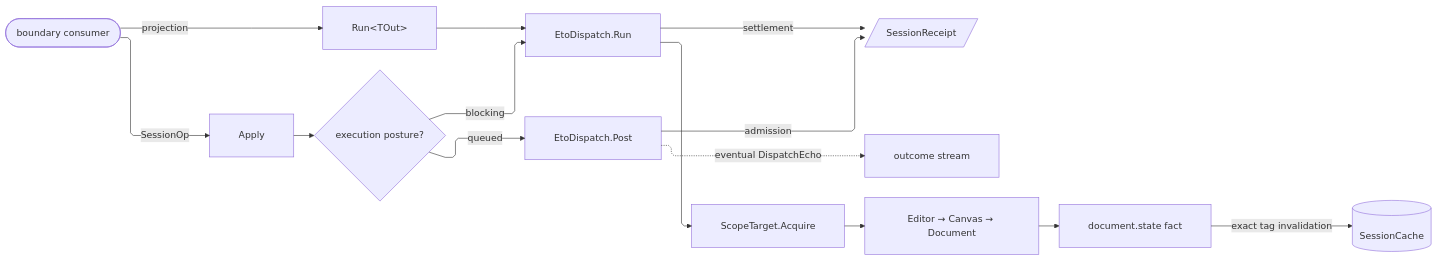
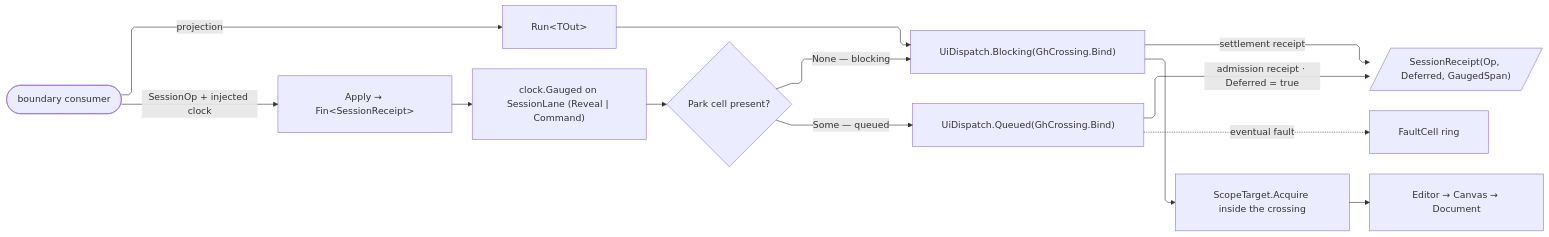
The diagram in libs/csharp/Rasm.Grasshopper/.planning/Shell/session.md (bsamiee/Rasm), drawn with Mermaid before and after one commit. The commit also changed other lines of this file and 818 other files, not shown here.

````diff
--- a/libs/csharp/Rasm.Grasshopper/.planning/Shell/session.md
+++ b/libs/csharp/Rasm.Grasshopper/.planning/Shell/session.md
@@ -289,25 +220,24 @@
 ```mermaid
 ---
 config:
   layout: elk
   flowchart:
     curve: linear
     padding: 25
 ---
 flowchart LR
     accTitle: Distinguish session settlement from queue admission
-    accDescr: Session commands split blocking settlement from queued admission before both produce monotonic acknowledgements; value projections share the blocking dispatcher, live scope is acquired inside the dispatch window, and document-state facts invalidate exact cache tags.
-    Consumer(["boundary consumer"]) -->|SessionOp| Apply["Apply"]
+    accDescr: Session commands split blocking settlement from queued admission on the park cell's presence; both ride kernel crossings with scope acquisition bound inside the body, both gauge on the session lane roster, and queued settlement faults park on the supplied fault cell.
+    Consumer(["boundary consumer"]) -->|"SessionOp + injected clock"| Apply["Apply → Fin&lt;SessionReceipt&gt;"]
     Consumer -->|projection| RunGate["Run&lt;TOut&gt;"]
-    Apply --> Lane{"execution posture?"}
-    Lane -->|"blocking"| Dispatch["EtoDispatch.Run"]
-    Lane -->|"queued"| Queue["EtoDispatch.Post"]
-    Queue -->|"admission"| Receipt[/"SessionReceipt"/]
-    Queue -.->|"eventual DispatchEcho"| Echo["outcome stream"]
-    Dispatch --> Scope["ScopeTarget.Acquire"]
-    RunGate --> Dispatch
+    Apply --> Gauge["clock.Gauged on SessionLane (Reveal | Command)"]
+    Gauge --> Posture{"Park cell present?"}
+    Posture -->|"None — blocking"| Sync["UiDispatch.Blocking(GhCrossing.Bind)"]
+    Posture -->|"Some — queued"| Queue["UiDispatch.Queued(GhCrossing.Bind)"]
+    Queue -->|"admission receipt · Deferred = true"| Receipt[/"SessionReceipt(Op, Deferred, GaugedSpan)"/]
+    Queue -.->|"eventual fault"| Cell["FaultCell ring"]
+    Sync --> Scope["ScopeTarget.Acquire inside the crossing"]
+    RunGate --> Sync
     Scope --> Host["Editor → Canvas → Document"]
-    Dispatch -->|"settlement"| Receipt
-    Host --> Events["document.state fact"]
-    Events -->|"exact tag invalidation"| Cache[("SessionCache")]
+    Sync -->|"settlement receipt"| Receipt
 ```
````
